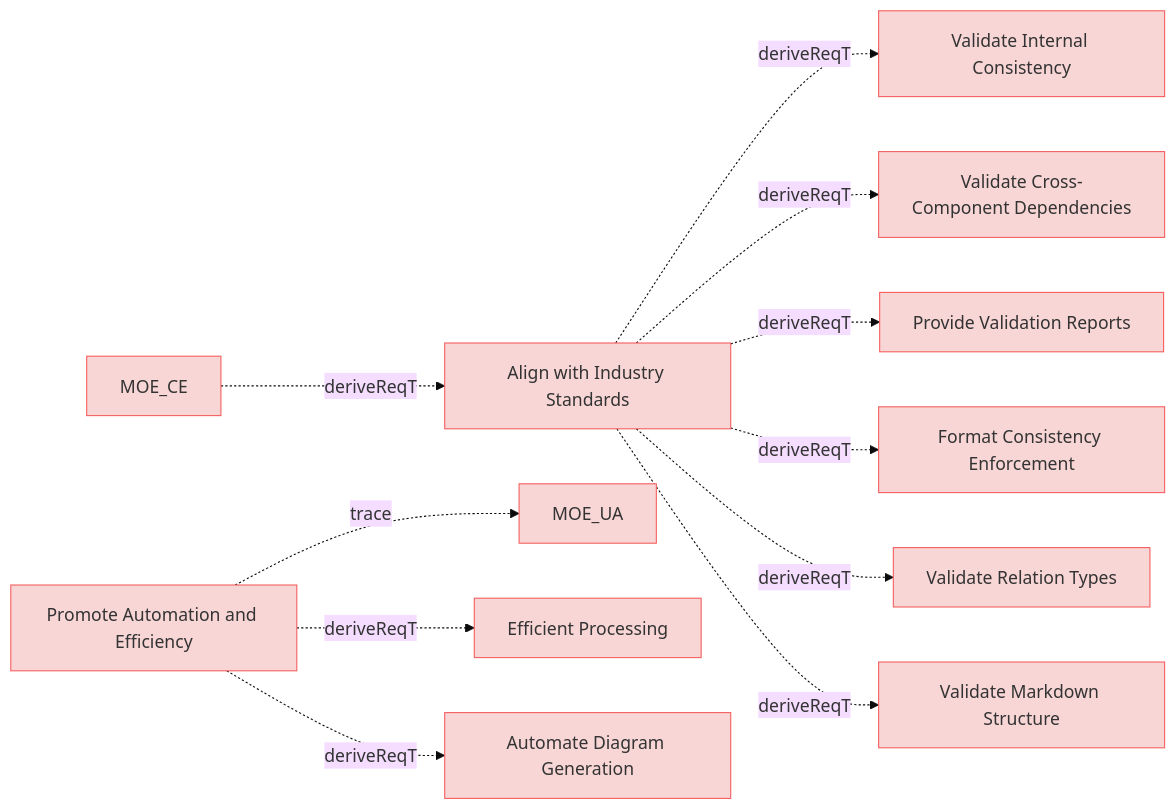
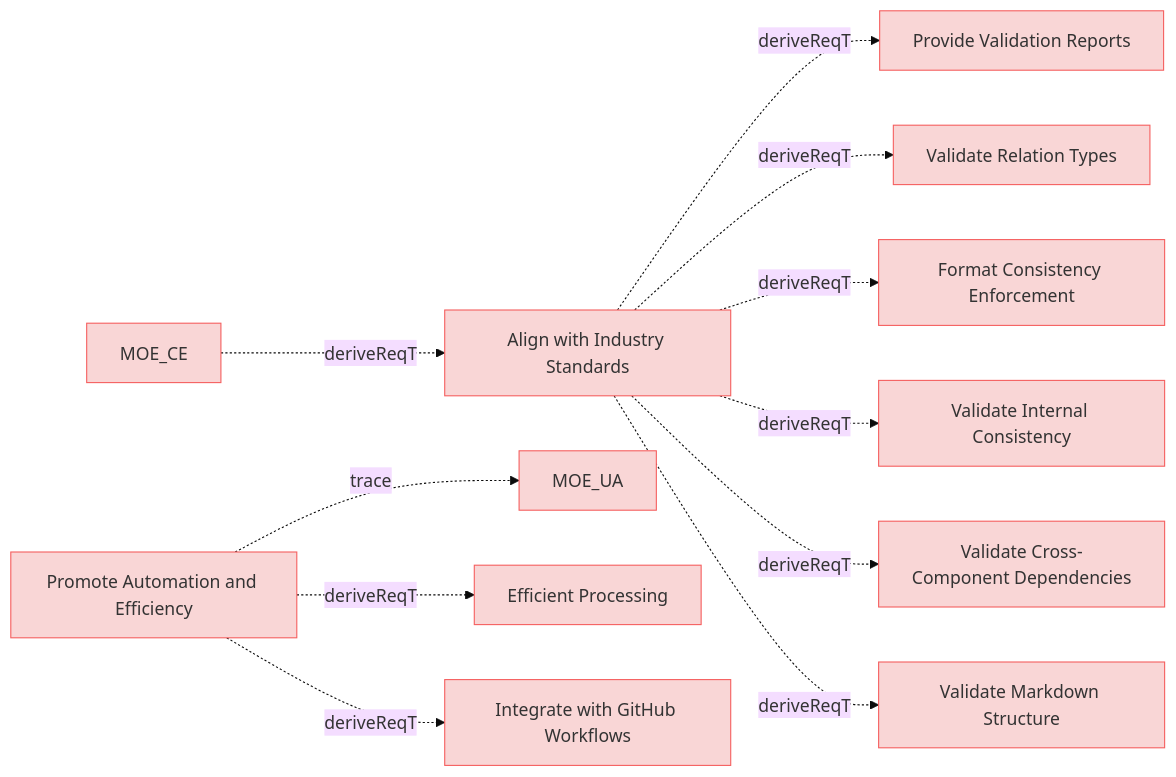
The diagram in specifications/MissionRequirements.md (reqvire-org/reqvire), drawn with Mermaid (base theme) before and after one commit. The commit also changed 20 other files, not shown here.

````diff
--- a/specifications/MissionRequirements.md
+++ b/specifications/MissionRequirements.md
@@ -5,56 +5,56 @@
 ```mermaid
 graph LR;
   %% REQVIRE-AUTOGENERATED-DIAGRAM
   %% Graph styling
   classDef requirement fill:#f9d6d6,stroke:#f55f5f,stroke-width:1px;
   classDef verification fill:#d6f9d6,stroke:#5fd75f,stroke-width:1px;
   classDef externalLink fill:#d0e0ff,stroke:#3080ff,stroke-width:1px;
   classDef default fill:#f5f5f5,stroke:#333333,stroke-width:1px;
 
   b74eec7ed767e7c["Align with Industry Standards"];
   class b74eec7ed767e7c requirement;
   click b74eec7ed767e7c "MissionRequirements.md#align-with-industry-standards";
+  ed31b6bed1cde2f8["Provide Validation Reports"];
+  class ed31b6bed1cde2f8 requirement;
+  click ed31b6bed1cde2f8 "UserRequirements.md#provide-validation-reports";
+  b74eec7ed767e7c -.->|deriveReqT| ed31b6bed1cde2f8;
+  f25cbfbca6d6d92e["Validate Relation Types"];
+  class f25cbfbca6d6d92e requirement;
+  click f25cbfbca6d6d92e "UserRequirements.md#validate-relation-types";
+  b74eec7ed767e7c -.->|deriveReqT| f25cbfbca6d6d92e;
+  974ccf933675ef44["Format Consistency Enforcement"];
+  class 974ccf933675ef44 requirement;
+  click 974ccf933675ef44 "UserRequirements.md#format-consistency-enforcement";
+  b74eec7ed767e7c -.->|deriveReqT| 974ccf933675ef44;
   c50887ce89be280a["Validate Internal Consistency"];
   class c50887ce89be280a requirement;
   click c50887ce89be280a "UserRequirements.md#validate-internal-consistency";
   b74eec7ed767e7c -.->|deriveReqT| c50887ce89be280a;
   3bd9d29239564eeb["Validate Cross-Component Dependencies"];
   class 3bd9d29239564eeb requirement;
   click 3bd9d29239564eeb "UserRequirements.md#validate-cross-component-dependencies";
   b74eec7ed767e7c -.->|deriveReqT| 3bd9d29239564eeb;
-  ed31b6bed1cde2f8["Provide Validation Reports"];
-  class ed31b6bed1cde2f8 requirement;
-  click ed31b6bed1cde2f8 "UserRequirements.md#provide-validation-reports";
-  b74eec7ed767e7c -.->|deriveReqT| ed31b6bed1cde2f8;
-  974ccf933675ef44["Format Consistency Enforcement"];
-  class 974ccf933675ef44 requirement;
-  click 974ccf933675ef44 "UserRequirements.md#format-consistency-enforcement";
-  b74eec7ed767e7c -.->|deriveReqT| 974ccf933675ef44;
-  f25cbfbca6d6d92e["Validate Relation Types"];
-  class f25cbfbca6d6d92e requirement;
-  click f25cbfbca6d6d92e "UserRequirements.md#validate-relation-types";
-  b74eec7ed767e7c -.->|deriveReqT| f25cbfbca6d6d92e;
   586b073cd97908da["Validate Markdown Structure"];
   class 586b073cd97908da requirement;
   click 586b073cd97908da "UserRequirements.md#validate-markdown-structure";
   b74eec7ed767e7c -.->|deriveReqT| 586b073cd97908da;
   80166c5161b33956["Promote Automation and Efficiency"];
   class 80166c5161b33956 requirement;
   click 80166c5161b33956 "MissionRequirements.md#promote-automation-and-efficiency";
   2c5f30f14e792200["MOE_UA"];
   class 2c5f30f14e792200 requirement;
   click 2c5f30f14e792200 "MOEs.md#moe_ua";
   80166c5161b33956 -.->|trace| 2c5f30f14e792200;
   d193d11c43776bec["Efficient Processing"];
   class d193d11c43776bec requirement;
   click d193d11c43776bec "ManagingMbseModelsRequirements.md#efficient-processing";
   80166c5161b33956 -.->|deriveReqT| d193d11c43776bec;
-  98a581084d5542fa["Automate Diagram Generation"];
-  class 98a581084d5542fa requirement;
-  click 98a581084d5542fa "UserRequirements.md#automate-diagram-generation";
-  80166c5161b33956 -.->|deriveReqT| 98a581084d5542fa;
+  98eaeddc27f99e11["Integrate with GitHub Workflows"];
+  class 98eaeddc27f99e11 requirement;
+  click 98eaeddc27f99e11 "UserStories.md#integrate-with-github-workflows";
+  80166c5161b33956 -.->|deriveReqT| 98eaeddc27f99e11;
   e9ad540a6411a0fc["MOE_CE"];
   class e9ad540a6411a0fc requirement;
   click e9ad540a6411a0fc "MOEs.md#moe_ce";
   e9ad540a6411a0fc -.->|deriveReqT| b74eec7ed767e7c;
 ```
````
